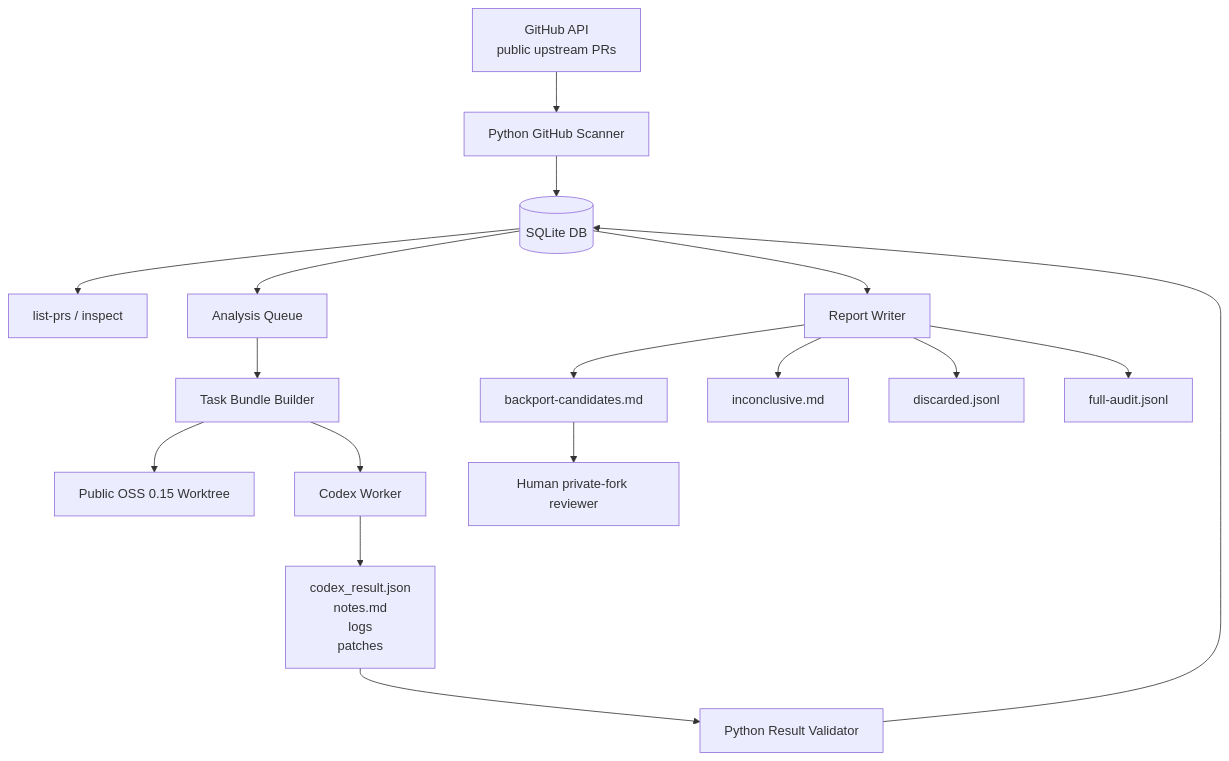
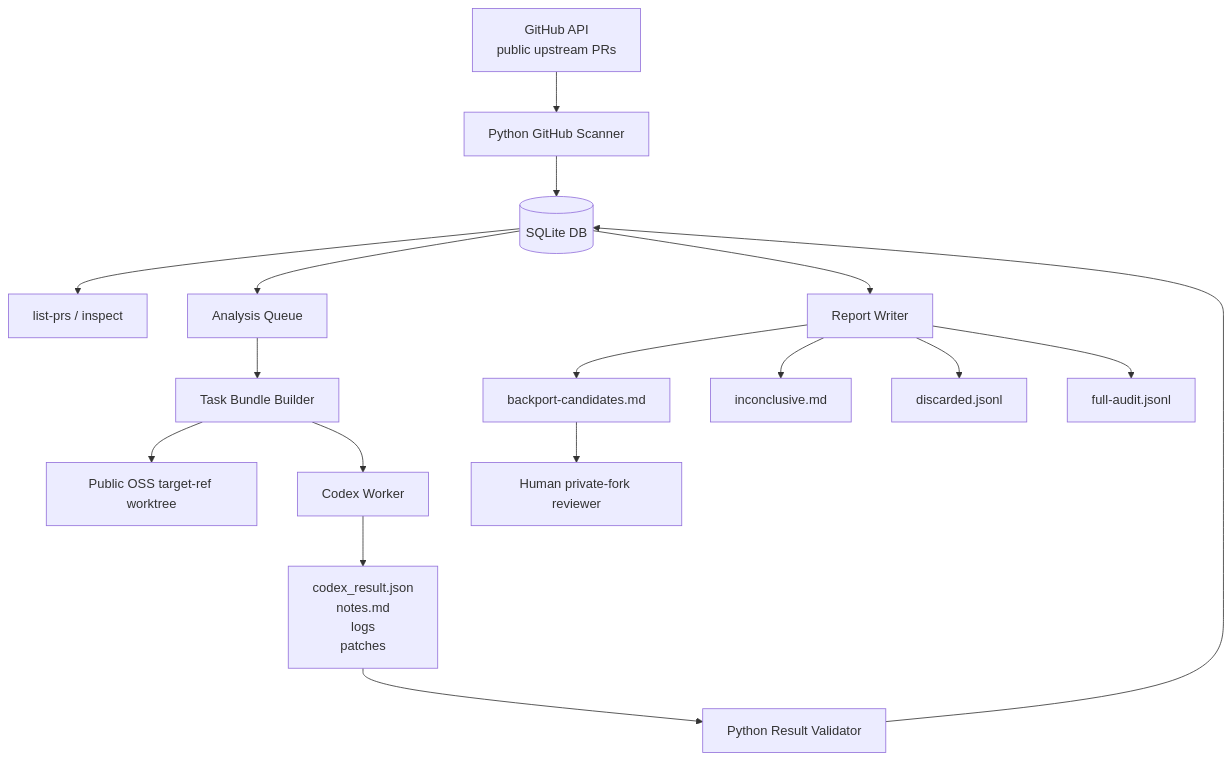
One commit to skyshineb/backports-reviewer changed the first of 3 diagrams in docs/backport_harness_design.md. Above: the diagram before and after it, drawn with Mermaid. The commit also changed other lines of this file and 26 other files, not shown here.

First line of the commit message:
Lance v7 target-ref harness pilot (#28)

````diff
--- a/docs/backport_harness_design.md
+++ b/docs/backport_harness_design.md
@@ -145,24 +154,24 @@
 ```mermaid
 flowchart TD
     GH[GitHub API<br/>public upstream PRs] --> Scanner[Python GitHub Scanner]
     Scanner --> DB[(SQLite DB)]
 
     DB --> Lister[list-prs / inspect]
     DB --> Queue[Analysis Queue]
 
     Queue --> TaskBuilder[Task Bundle Builder]
-    TaskBuilder --> Worktree[Public OSS 0.15 Worktree]
+    TaskBuilder --> Worktree[Public OSS target-ref worktree]
     TaskBuilder --> Codex[Codex Worker]
 
     Codex --> Result[codex_result.json<br/>notes.md<br/>logs<br/>patches]
     Result --> Validator[Python Result Validator]
     Validator --> DB
 
     DB --> Reports[Report Writer]
     Reports --> Candidates[backport-candidates.md]
     Reports --> Inconclusive[inconclusive.md]
     Reports --> Discarded[discarded.jsonl]
     Reports --> Audit[full-audit.jsonl]
 
     Candidates --> Human[Human private-fork reviewer]
 ```
````
